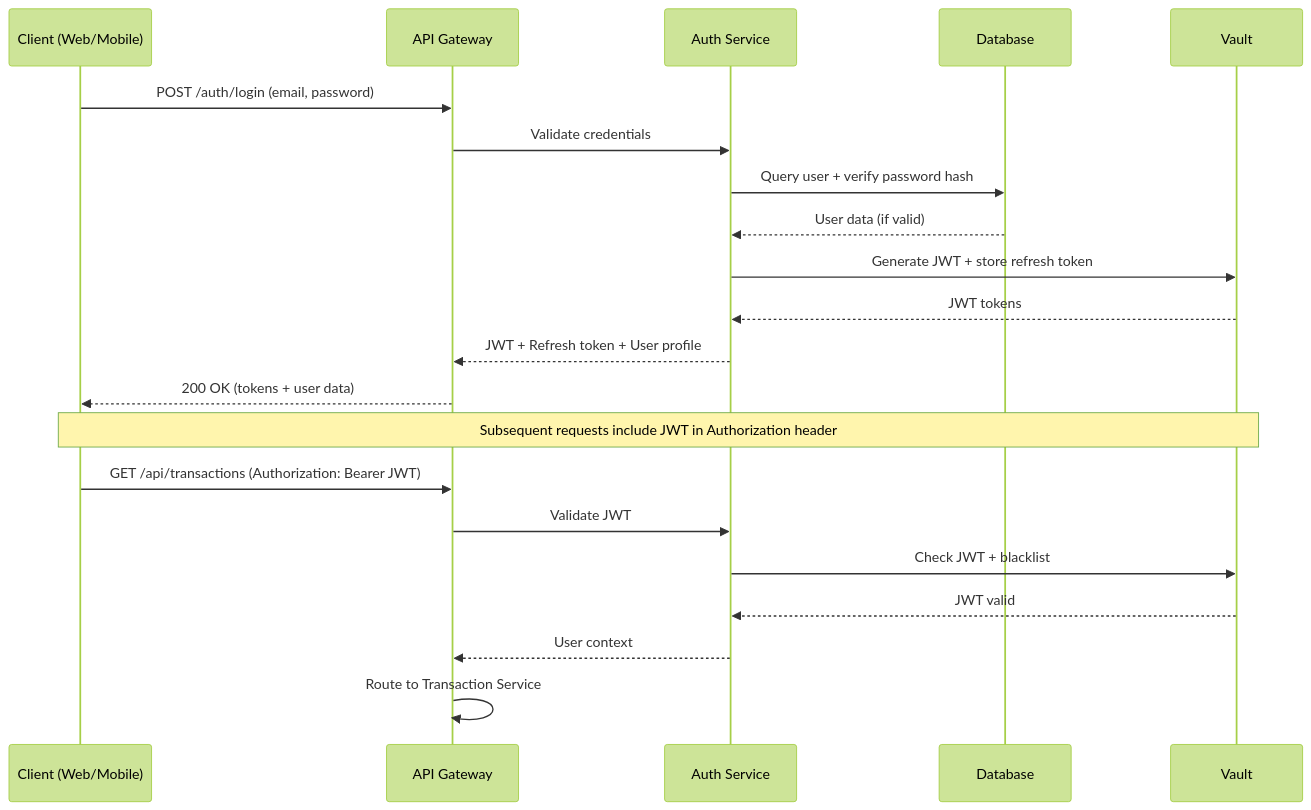
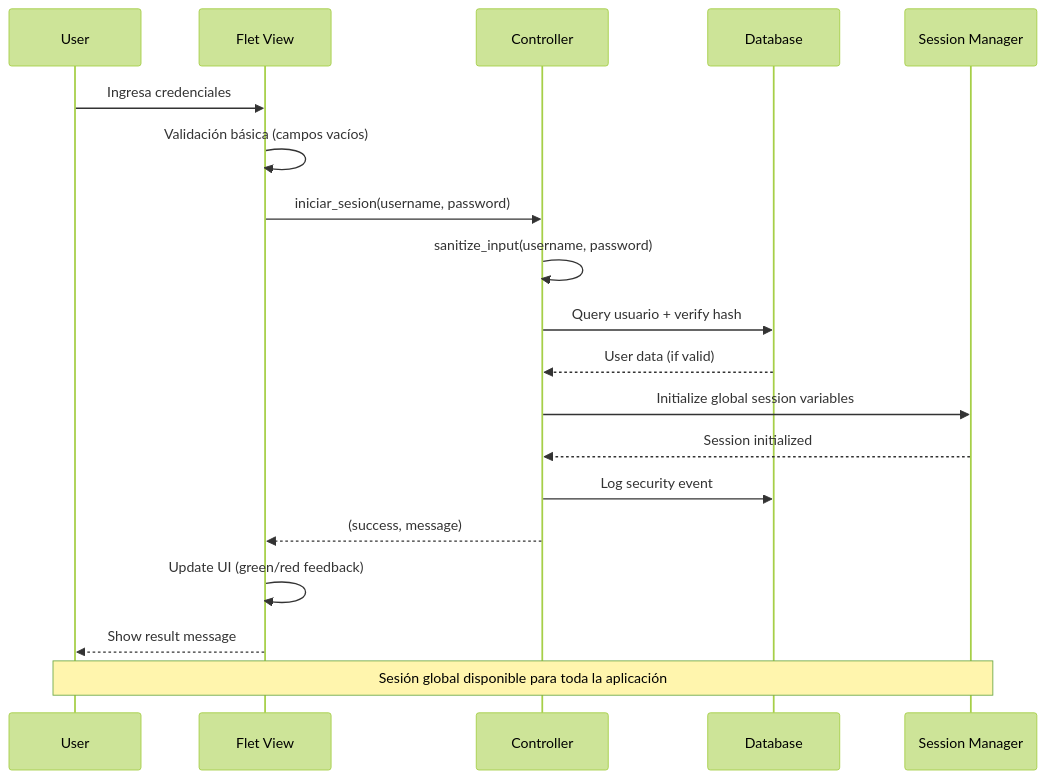
The second of 4 diagrams in documentacion/ARCHITECTURE.md (estebanfabianp/app-presopuesto), drawn with Mermaid (forest theme) before and after one commit. The commit also changed other lines of this file and 25 other files, not shown here.

````diff
--- a/documentacion/ARCHITECTURE.md
+++ b/documentacion/ARCHITECTURE.md
@@ -307,26 +245,23 @@
 ```mermaid
 sequenceDiagram
-    participant C as Client (Web/Mobile)
-    participant G as API Gateway
-    participant A as Auth Service
+    participant U as User
+    participant V as Flet View
+    participant C as Controller
     participant D as Database
-    participant V as Vault
+    participant S as Session Manager
     
-    C->>G: POST /auth/login (email, password)
-    G->>A: Validate credentials
-    A->>D: Query user + verify password hash
-    D-->>A: User data (if valid)
-    A->>V: Generate JWT + store refresh token
-    V-->>A: JWT tokens
-    A-->>G: JWT + Refresh token + User profile
-    G-->>C: 200 OK (tokens + user data)
+    U->>V: Ingresa credenciales
+    V->>V: Validación básica (campos vacíos)
+    V->>C: iniciar_sesion(username, password)
+    C->>C: sanitize_input(username, password)
+    C->>D: Query usuario + verify hash
+    D-->>C: User data (if valid)
+    C->>S: Initialize global session variables
+    S-->>C: Session initialized
+    C->>D: Log security event
+    C-->>V: (success, message)
+    V->>V: Update UI (green/red feedback)
+    V-->>U: Show result message
     
-    Note over C,V: Subsequent requests include JWT in Authorization header
-    
-    C->>G: GET /api/transactions (Authorization: Bearer JWT)
-    G->>A: Validate JWT
-    A->>V: Check JWT + blacklist
-    V-->>A: JWT valid
-    A-->>G: User context
-    G->>G: Route to Transaction Service
+    Note over U,S: Sesión global disponible para toda la aplicación
 ```
````
